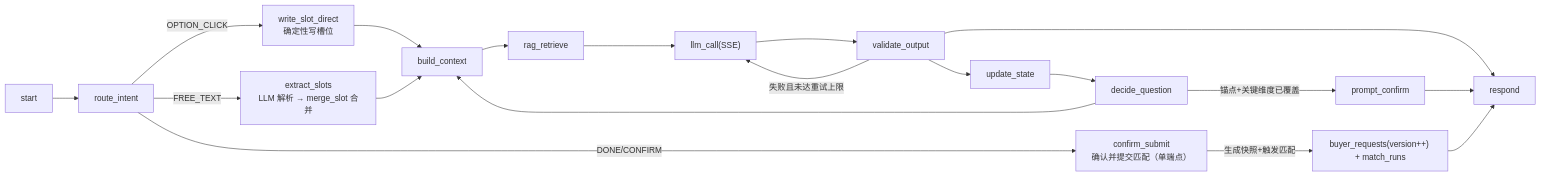
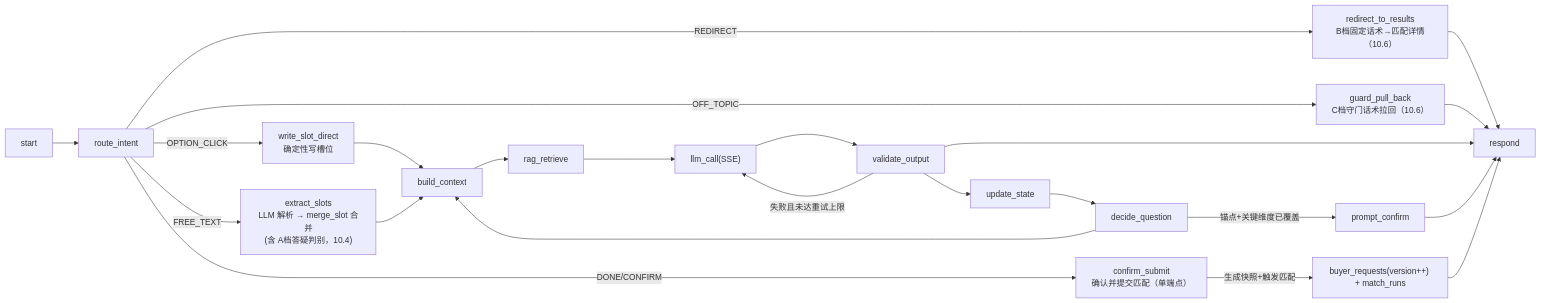
Before and after one commit to ivgotcrazy/xmsn-demo: the first of 4 diagrams in doc/系统/代理详细设计.md, drawn with Mermaid. The commit also changed other lines of this file, not shown here.

````diff
--- a/doc/系统/代理详细设计.md
+++ b/doc/系统/代理详细设计.md
@@ -189,21 +213,25 @@
 ```mermaid
 graph LR
     START["start"] --> ROUTE["route_intent"]
     ROUTE -->|"OPTION_CLICK"| DIRECT["write_slot_direct<br/>确定性写槽位"]
-    ROUTE -->|"FREE_TEXT"| EXTRACT["extract_slots<br/>LLM 解析 → merge_slot 合并"]
+    ROUTE -->|"FREE_TEXT"| EXTRACT["extract_slots<br/>LLM 解析 → merge_slot 合并<br/>(含 A档答疑判别，10.4)"]
     ROUTE -->|"DONE/CONFIRM"| CONF["confirm_submit<br/>确认并提交匹配（单端点）"]
+    ROUTE -->|"REDIRECT"| RD["redirect_to_results<br/>B档固定话术→匹配详情（10.6）"]
+    ROUTE -->|"OFF_TOPIC"| GU["guard_pull_back<br/>C档守门话术拉回（10.6）"]
+    RD --> RESP
+    GU --> RESP
     DIRECT --> CTX
     EXTRACT --> CTX["build_context"]
     CTX --> RAG["rag_retrieve"]
     RAG --> LLM["llm_call(SSE)"]
     LLM --> VAL["validate_output"]
     VAL -->|"失败且未达重试上限"| LLM
     VAL --> RESP["respond"]
     VAL --> UPDATE["update_state"]
     UPDATE --> DECIDE["decide_question"]
     DECIDE --> CTX
     DECIDE -->|"锚点+关键维度已覆盖"| PC["prompt_confirm"]
     PC --> RESP
     CONF -->|"生成快照+触发匹配"| SNAP["buyer_requests(version++) + match_runs"]
     SNAP --> RESP
 ```
````
